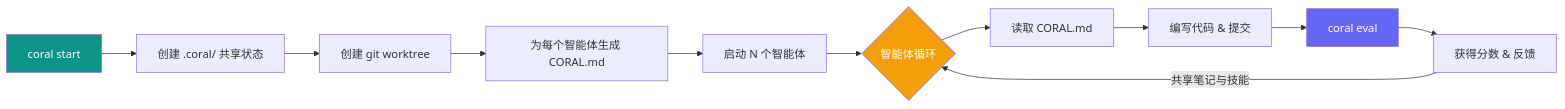
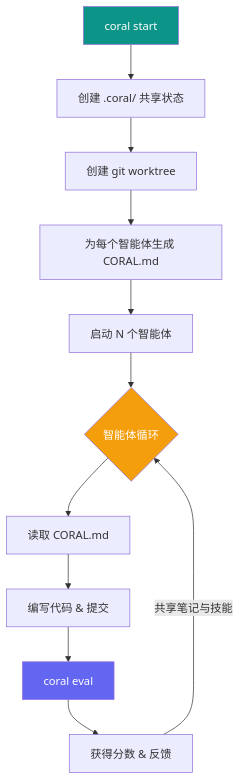
One commit to Human-Agent-Society/CORAL changed the diagram in README_CN.md. Above: the diagram before and after it, drawn with Mermaid. The commit also changed other lines of this file and 2 other files, not shown here.

Commit message:
Update README: new logo, installation section, collapsible details, vertical Mermaid, inline TOC

````diff
--- a/README_CN.md
+++ b/README_CN.md
@@ -40,18 +53,18 @@
 ```mermaid
-graph LR
+graph TD
     A[coral start] --> B[创建 .coral/ 共享状态]
     B --> C[创建 git worktree]
     C --> D[为每个智能体生成 CORAL.md]
     D --> E[启动 N 个智能体]
 
     E --> F{智能体循环}
     F --> G[读取 CORAL.md]
     G --> H[编写代码 & 提交]
     H --> I[coral eval]
     I --> J[获得分数 & 反馈]
     J -->|共享笔记与技能| F
 
     style A fill:#0d9488,color:#fff
     style F fill:#f59e0b,color:#fff
     style I fill:#6366f1,color:#fff
 ```
````
